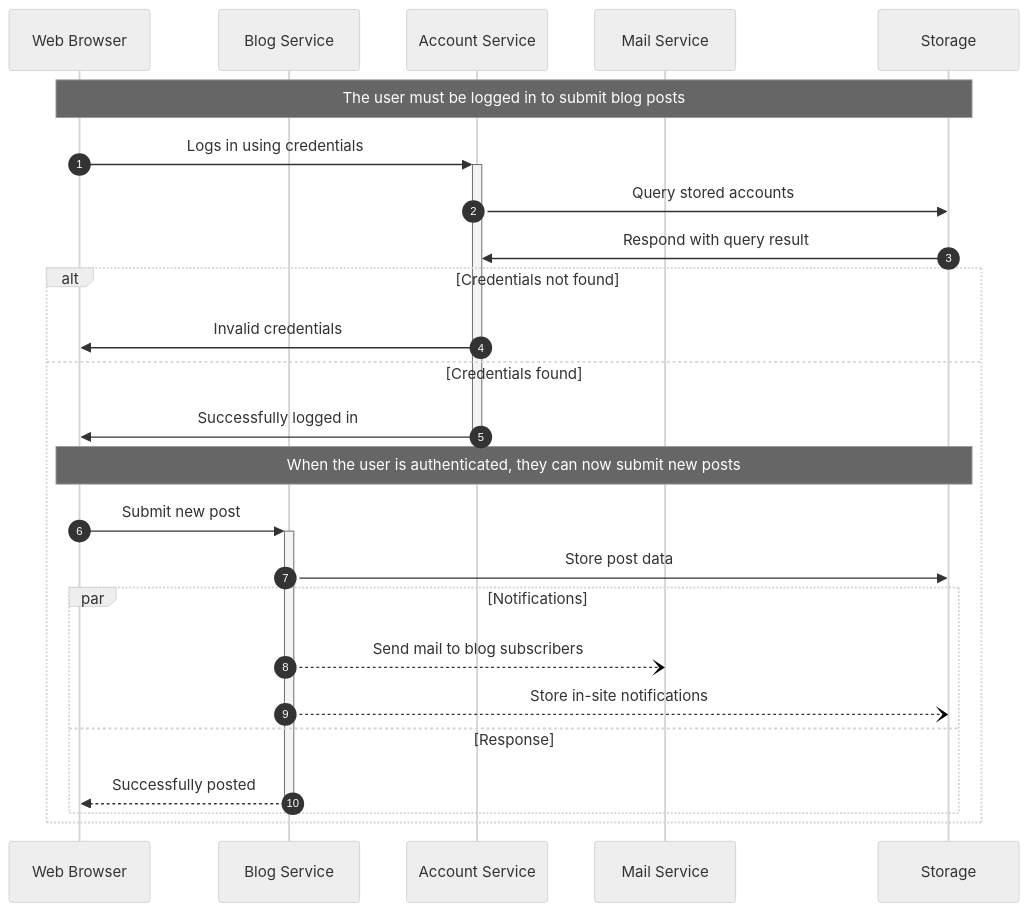
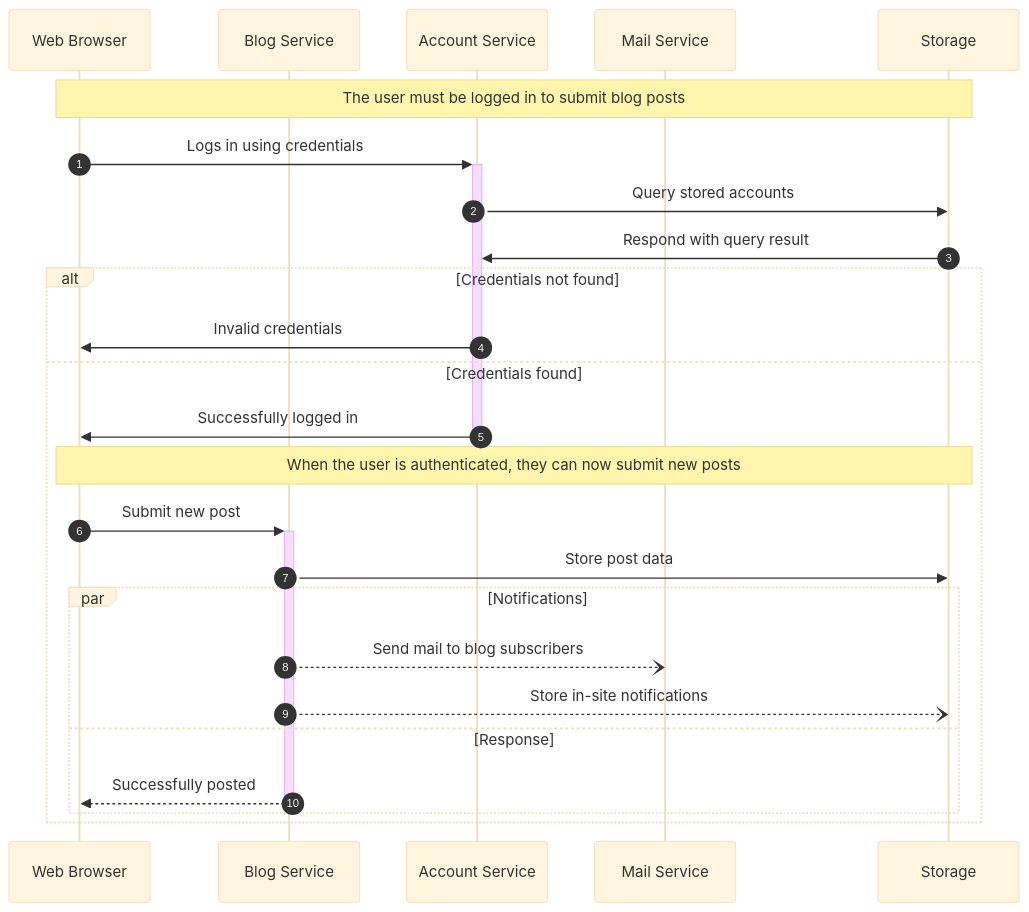
One commit to Kuziomkin/diagrams changed the fifth of 6 diagrams in erd_example.md. Above: the diagram before and after it, drawn with Mermaid.

````diff
--- a/erd_example.md
+++ b/erd_example.md
@@ -72,37 +72,37 @@
 ```mermaid
 ---
 config:
   layout: dagre
   look: classic
-  theme: neutral
+  theme: base
 ---
     sequenceDiagram
         autonumber
         participant web as Web Browser
         participant blog as Blog Service
         participant account as Account Service
         participant mail as Mail Service
         participant db as Storage
     
         Note over web,db: The user must be logged in to submit blog posts
         web->>+account: Logs in using credentials
         account->>db: Query stored accounts
         db->>account: Respond with query result
     
         alt Credentials not found
             account->>web: Invalid credentials
         else Credentials found
             account->>-web: Successfully logged in
     
             Note over web,db: When the user is authenticated, they can now submit new posts
             web->>+blog: Submit new post
             blog->>db: Store post data
     
             par Notifications
                 blog--)mail: Send mail to blog subscribers
                 blog--)db: Store in-site notifications
             and Response
                 blog-->>-web: Successfully posted
             end
         end
 ```
````
